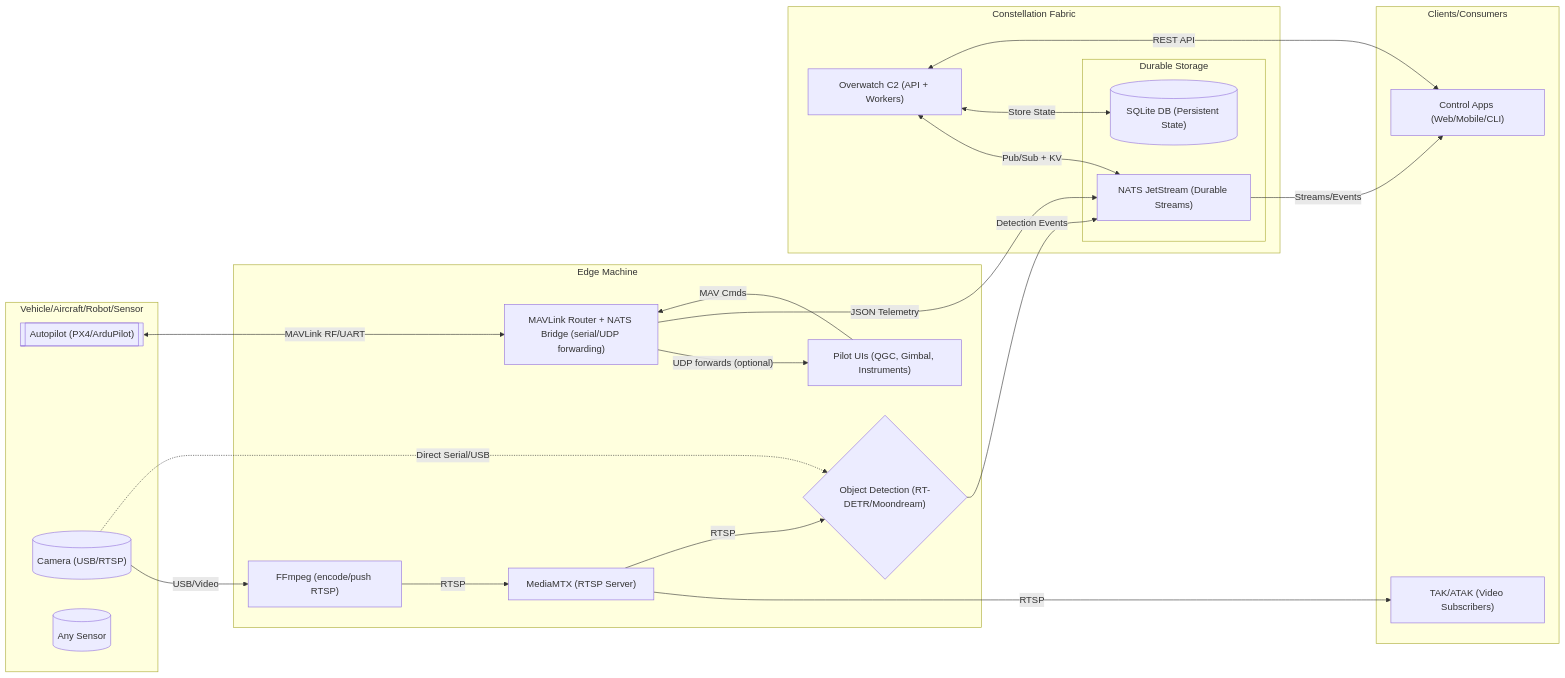
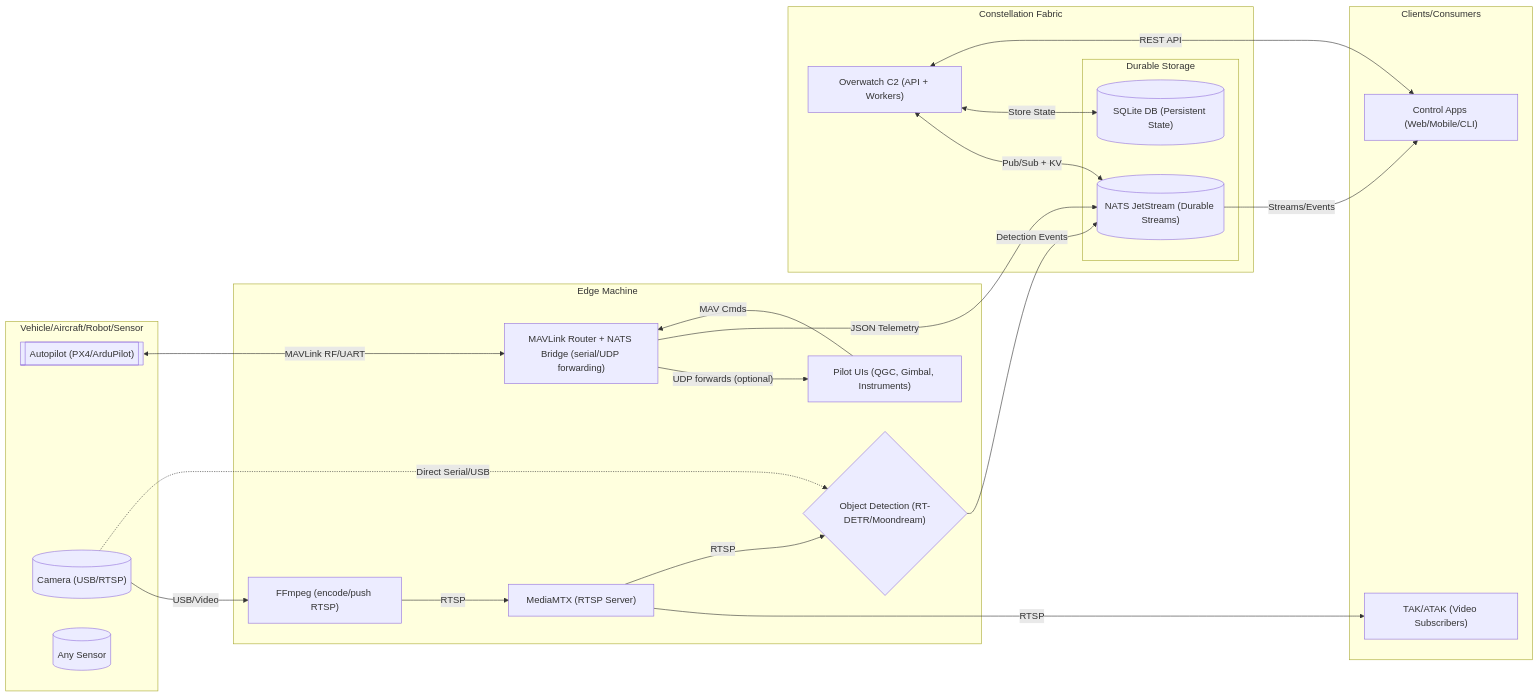
One commit to Constellation-Overwatch/.github changed the diagram in profile/README.md. Above: the diagram before and after it, drawn with Mermaid.

````diff
--- a/profile/README.md
+++ b/profile/README.md
@@ -9,46 +9,46 @@
 ```mermaid
 flowchart LR
     subgraph "Vehicle/Aircraft/Robot/Sensor"
         Autopilot[["Autopilot (PX4/ArduPilot)"]]
         Camera[("Camera (USB/RTSP)")]
         Sensor[("Any Sensor")]
     end
 
     subgraph "Edge Machine"
         MAVRouter["MAVLink Router + NATS Bridge (serial/UDP forwarding)"]
         ObjDetect{"Object Detection (RT-DETR/Moondream)"}
         FFmpeg["FFmpeg (encode/push RTSP)"]
         MediaMTX["MediaMTX (RTSP Server)"]
         UIs["Pilot UIs (QGC, Gimbal, Instruments)"]
     end
 
     subgraph "Constellation Fabric"
         Overwatch["Overwatch C2 (API + Workers)"]
         subgraph "Durable Storage"
-            NATS["NATS JetStream (Durable Streams)"]
+            NATS[("NATS JetStream (Durable Streams)")]
             DB[("SQLite DB (Persistent State)")]
         end
     end
 
     subgraph "Clients/Consumers"
         TAK["TAK/ATAK (Video Subscribers)"]
         Control["Control Apps (Web/Mobile/CLI)"]
     end
 
     Autopilot <-->|MAVLink RF/UART| MAVRouter
     MAVRouter -->|"UDP forwards (optional)"| UIs
     UIs -->|MAV Cmds| MAVRouter
     MAVRouter -->|JSON Telemetry| NATS
 
     Camera -->|USB/Video| FFmpeg
     FFmpeg -->|RTSP| MediaMTX
     MediaMTX -->|RTSP| TAK
     MediaMTX -->|RTSP| ObjDetect
     Camera -.->|Direct Serial/USB| ObjDetect
     ObjDetect -->|Detection Events| NATS
 
     Overwatch <-->|Pub/Sub + KV| NATS
     Overwatch <-->|Store State| DB
     Overwatch <-->|REST API| Control
     NATS -->|Streams/Events| Control
 ```
````
